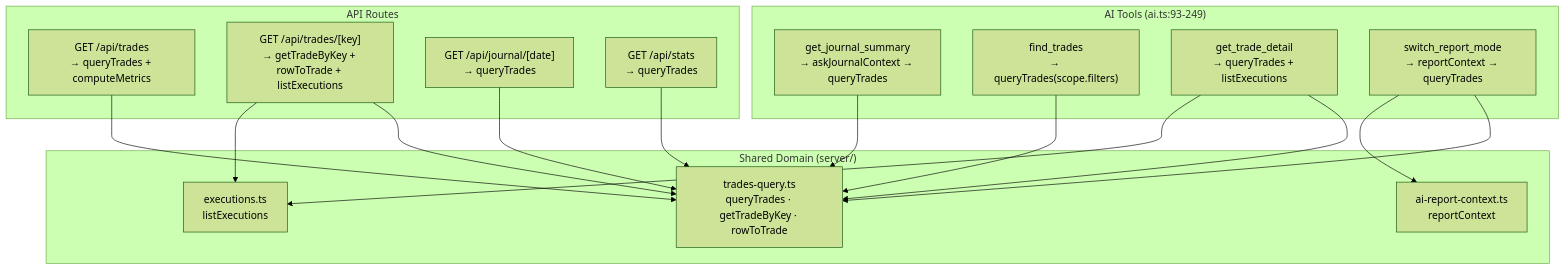
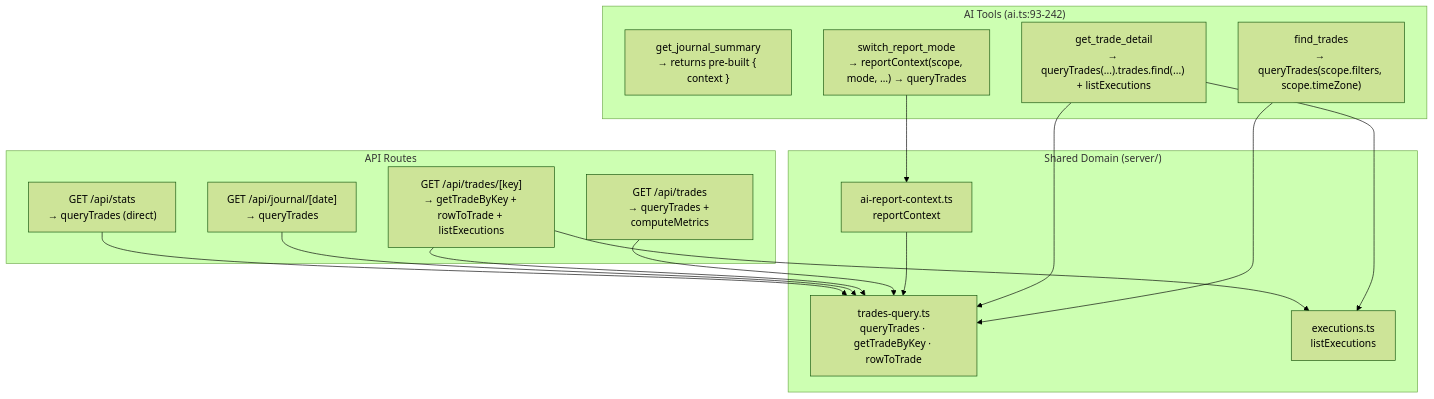
One commit to PraiseSinkamba/trade-journal changed the fourth of 5 diagrams in docs/architecture-discovery/09-dependencies-and-coupling.md. Above: the diagram before and after it, drawn with Mermaid (forest theme). The commit also changed other lines of this file and 17 other files, not shown here.

First line of the commit message:
Complete the architecture discovery package and record the AI-native journal decisions

````diff
--- a/docs/architecture-discovery/09-dependencies-and-coupling.md
+++ b/docs/architecture-discovery/09-dependencies-and-coupling.md
@@ -228,27 +256,28 @@
 ```mermaid
 flowchart TB
-    subgraph "AI Tools (ai.ts:93-249)"
-        T1["get_journal_summary\n→ askJournalContext → queryTrades"]
-        T2["find_trades\n→ queryTrades(scope.filters)"]
-        T3["get_trade_detail\n→ queryTrades + listExecutions"]
-        T4["switch_report_mode\n→ reportContext → queryTrades"]
+    subgraph "AI Tools (ai.ts:93-242)"
+        T1["get_journal_summary\n→ returns pre-built { context }"]
+        T2["find_trades\n→ queryTrades(scope.filters, scope.timeZone)"]
+        T3["get_trade_detail\n→ queryTrades(...).trades.find(...) + listExecutions"]
+        T4["switch_report_mode\n→ reportContext(scope, mode, …) → queryTrades"]
     end
 
     subgraph "API Routes"
         R1["GET /api/trades\n→ queryTrades + computeMetrics"]
         R2["GET /api/trades/[key]\n→ getTradeByKey + rowToTrade + listExecutions"]
         R3["GET /api/journal/[date]\n→ queryTrades"]
-        R4["GET /api/stats\n→ queryTrades"]
+        R4["GET /api/stats\n→ queryTrades (direct)"]
     end
 
     subgraph "Shared Domain (server/)"
         DQ["trades-query.ts\nqueryTrades · getTradeByKey · rowToTrade"]
         EX["executions.ts\nlistExecutions"]
         RC["ai-report-context.ts\nreportContext"]
     end
 
-    T1 & T2 & T3 & T4 --> DQ
+    T2 & T3 --> DQ
+    T4 --> RC
+    RC --> DQ
     R1 & R2 & R3 & R4 --> DQ
     T3 & R2 --> EX
-    T4 --> RC
 ```
````
